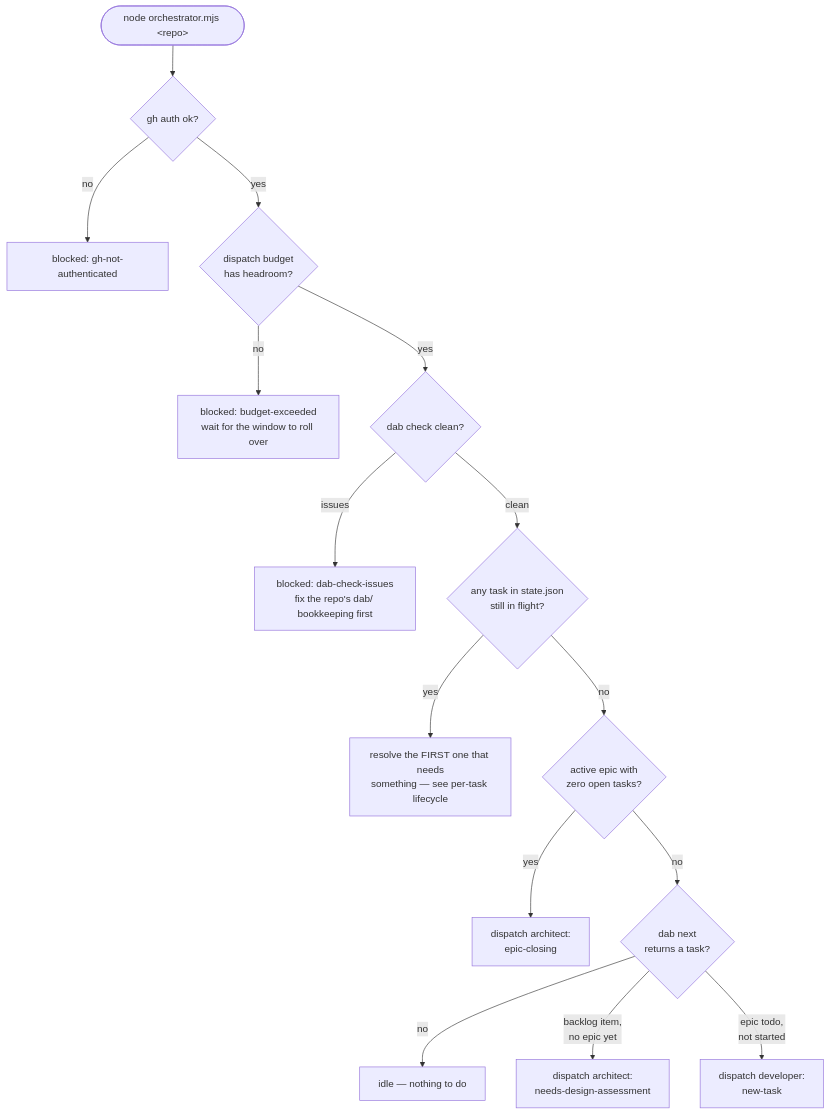
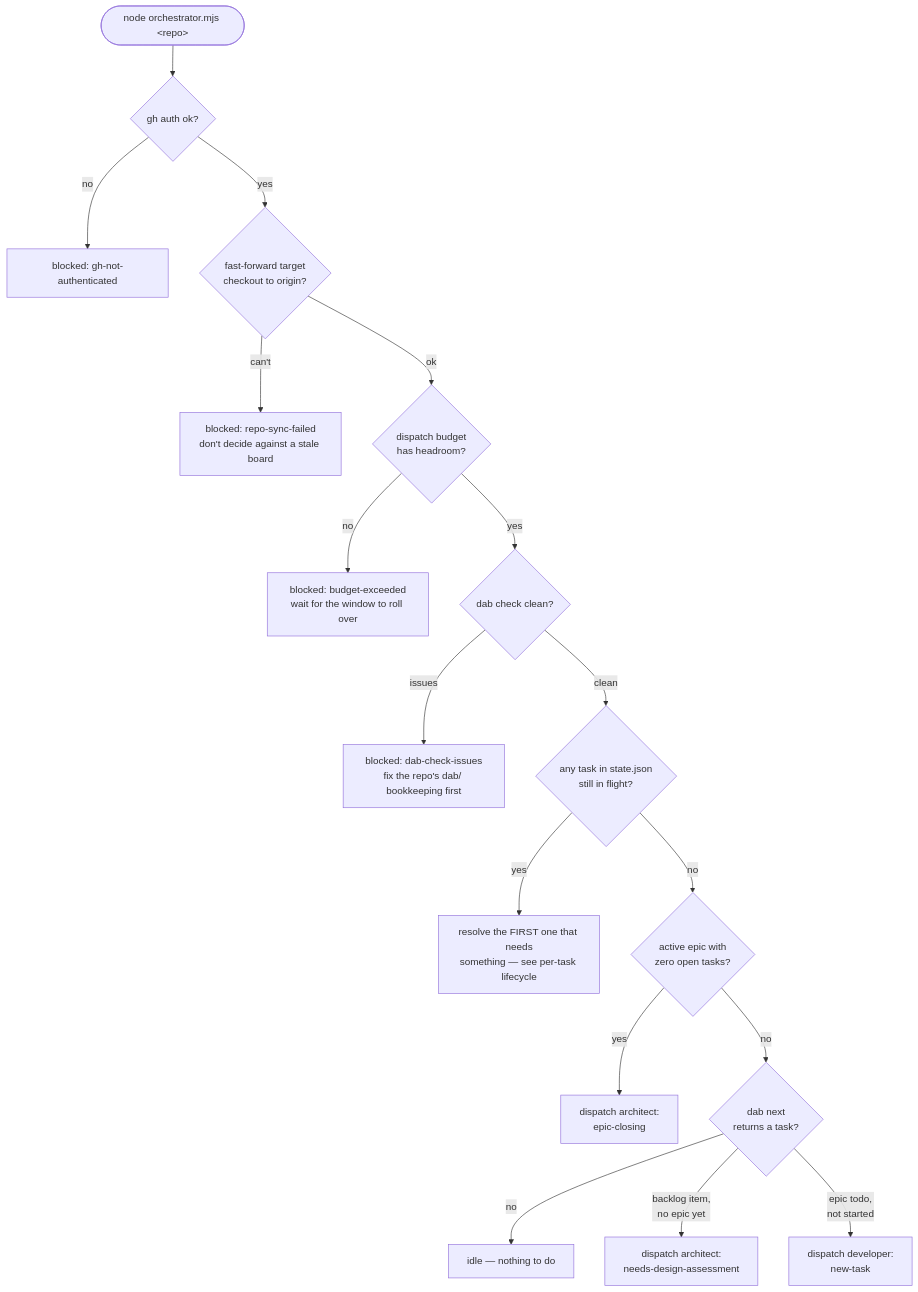
The first of 2 diagrams in docs/architecture/STATE_MACHINE.md (lszantho/factory), drawn with Mermaid before and after one commit. The commit also changed other lines of this file and 4 other files, not shown here.

First line of the commit message:
feat: orchestrator only reads + fast-forwards the target checkout (ADR 008)

````diff
--- a/docs/architecture/STATE_MACHINE.md
+++ b/docs/architecture/STATE_MACHINE.md
@@ -13,17 +13,19 @@
 ```mermaid
 flowchart TD
     Start(["node orchestrator.mjs &lt;repo&gt;"]) --> A{gh auth ok?}
     A -- no --> BlockedAuth["blocked: gh-not-authenticated"]
-    A -- yes --> B{dispatch budget<br/>has headroom?}
+    A -- yes --> S{fast-forward target<br/>checkout to origin?}
+    S -- can't --> BlockedSync["blocked: repo-sync-failed<br/>don't decide against a stale board"]
+    S -- ok --> B{dispatch budget<br/>has headroom?}
     B -- no --> BlockedBudget["blocked: budget-exceeded<br/>wait for the window to roll over"]
     B -- yes --> C{dab check clean?}
     C -- issues --> BlockedCheck["blocked: dab-check-issues<br/>fix the repo's dab/ bookkeeping first"]
     C -- clean --> D{any task in state.json<br/>still in flight?}
     D -- yes --> E["resolve the FIRST one that needs<br/>something — see per-task lifecycle"]
     D -- no --> F{active epic with<br/>zero open tasks?}
     F -- yes --> G["dispatch architect:<br/>epic-closing"]
     F -- no --> H{dab next<br/>returns a task?}
     H -- no --> Idle["idle — nothing to do"]
     H -- "backlog item,<br/>no epic yet" --> I["dispatch architect:<br/>needs-design-assessment"]
     H -- "epic todo,<br/>not started" --> J["dispatch developer:<br/>new-task"]
 ```
````
